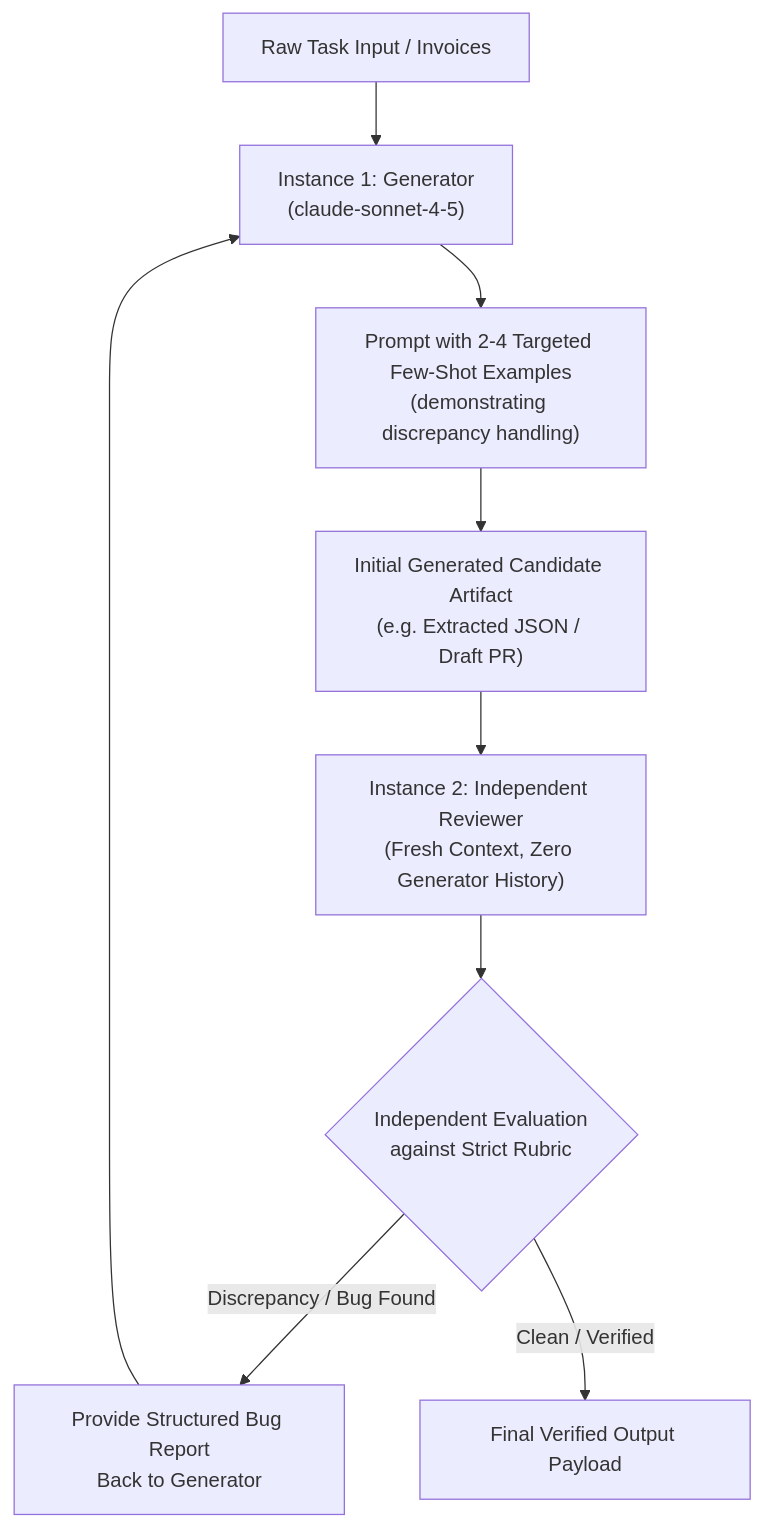
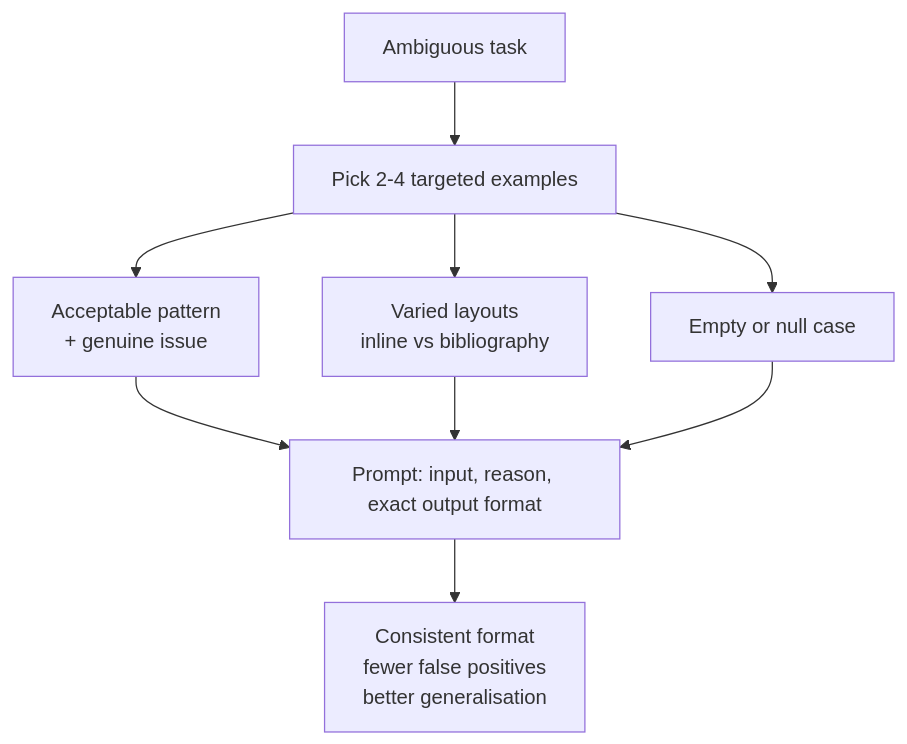
Before and after one commit to dip4k/claude_cert_architect_foundation_prep: the diagram in domain4/ts_4_2_few_shot_and_multi_instance/README.md, drawn with Mermaid. The commit also changed other lines of this file and 133 other files, not shown here.

````diff
--- a/domain4/ts_4_2_few_shot_and_multi_instance/README.md
+++ b/domain4/ts_4_2_few_shot_and_multi_instance/README.md
@@ -73,16 +93,11 @@
 ```mermaid
 flowchart TD
-    TaskInput["Raw Task Input / Invoices"] --> GeneratorInstance["Instance 1: Generator<br>(claude-sonnet-4-5)"]
-    
-    GeneratorInstance --> FewShotPrompt["Prompt with 2-4 Targeted Few-Shot Examples<br>(demonstrating discrepancy handling)"]
-    FewShotPrompt --> CandidateArtifact["Initial Generated Candidate Artifact<br>(e.g. Extracted JSON / Draft PR)"]
-    
-    CandidateArtifact --> ReviewerInstance["Instance 2: Independent Reviewer<br>(Fresh Context, Zero Generator History)"]
-    
-    ReviewerInstance --> BlindEvaluation{"Independent Evaluation<br>against Strict Rubric"}
-    
-    BlindEvaluation -->|"Discrepancy / Bug Found"| FeedbackLoop["Provide Structured Bug Report<br>Back to Generator"]
-    FeedbackLoop --> GeneratorInstance
-    
-    BlindEvaluation -->|"Clean / Verified"| ApprovedOutput["Final Verified Output Payload"]
+    Task["Ambiguous task"] --> Pick["Pick 2-4 targeted examples"]
+    Pick --> Pair["Acceptable pattern<br>+ genuine issue"]
+    Pick --> Layout["Varied layouts<br>inline vs bibliography"]
+    Pick --> Empty["Empty or null case"]
+    Pair --> Prompt["Prompt: input, reason, exact output format"]
+    Layout --> Prompt
+    Empty --> Prompt
+    Prompt --> Result["Consistent format<br>fewer false positives<br>better generalisation"]
 ```
````
